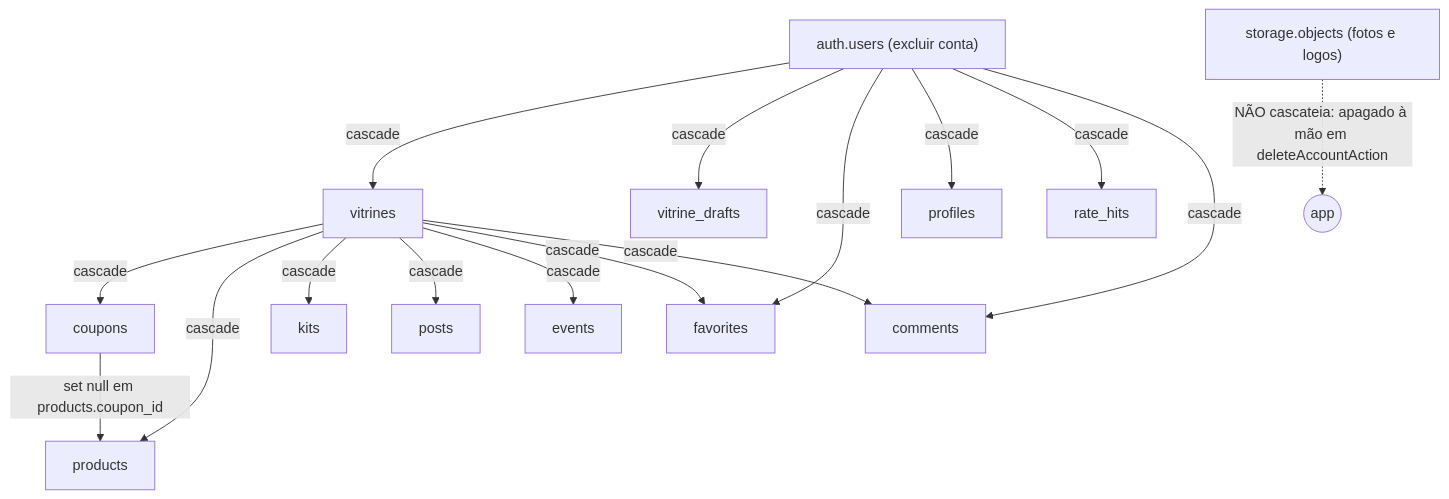
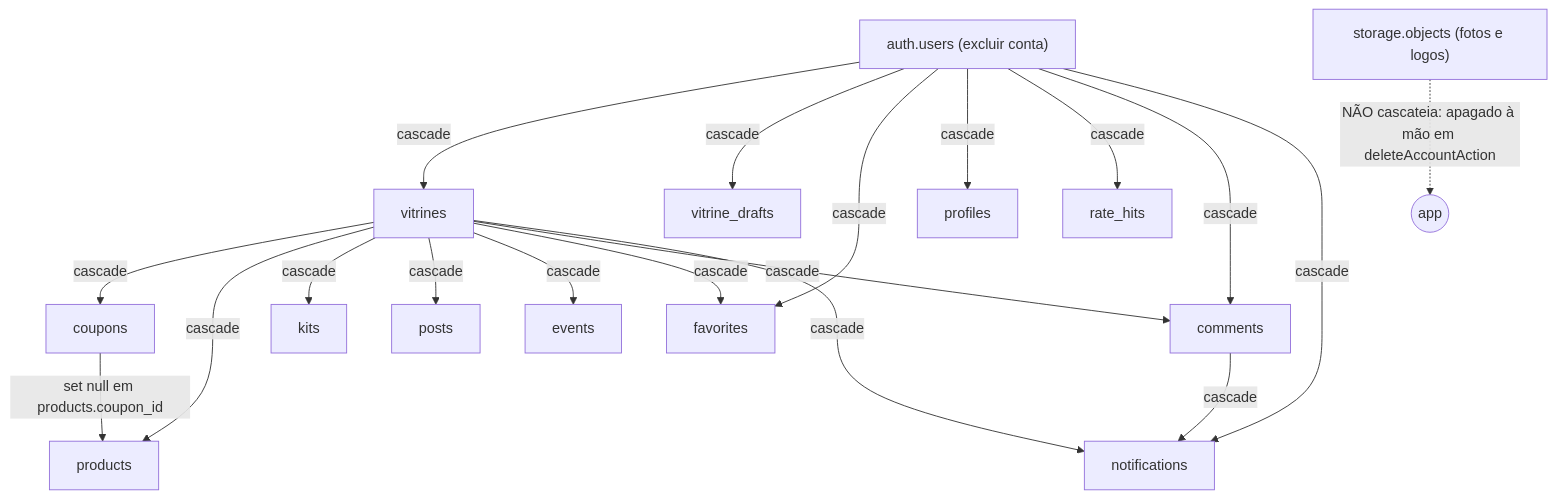
Before and after one commit to estevaons/myvitri: the third of 3 diagrams in docs/database.md, drawn with Mermaid. The commit also changed other lines of this file and 18 other files, not shown here.

````diff
--- a/docs/database.md
+++ b/docs/database.md
@@ -589,18 +645,21 @@
 ```mermaid
 graph TD
     U["auth.users (excluir conta)"] -->|cascade| V[vitrines]
     U -->|cascade| D[vitrine_drafts]
     V -->|cascade| C[coupons]
     V -->|cascade| P[products]
     V -->|cascade| K[kits]
     V -->|cascade| PO[posts]
     V -->|cascade| E[events]
     U -->|cascade| F[favorites]
     V -->|cascade| F
     U -->|cascade| PR[profiles]
     U -->|cascade| RH[rate_hits]
     U -->|cascade| M[comments]
     V -->|cascade| M
+    U -->|cascade| N[notifications]
+    V -->|cascade| N
+    M -->|cascade| N
     C -->|set null em products.coupon_id| P
     S["storage.objects (fotos e logos)"] -.->|"NÃO cascateia: apagado à mão em deleteAccountAction"| X((app))
 ```
````
